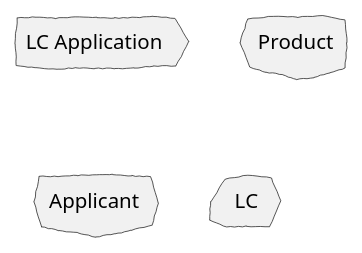
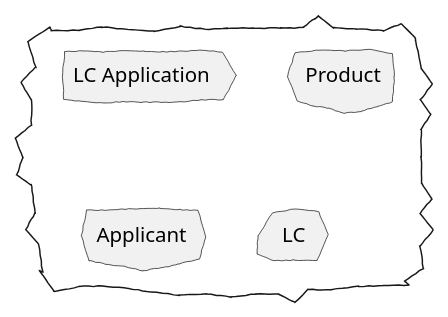
One commit to PacktPublishing/Domain-Driven-Design-with-Java-A-Practitioner-s-Guide changed the second of 5 diagrams in book/src/docs/asciidoc/05-implementing-domain-logic.adoc. Above: the diagram before and after it, drawn with PlantUML. The commit also changed other lines of this file and 2 other files, not shown here.

```diff
--- a/book/src/docs/asciidoc/05-implementing-domain-logic.adoc
+++ b/book/src/docs/asciidoc/05-implementing-domain-logic.adoc
@@ -149,11 +152,13 @@
 [plantuml,potential-aggregates]
 ....
 @startuml
 skinparam handwritten true
 skinparam CloudFontName "Gloria Hallelujah"
+cloud {
 cloud "LC Application"
 cloud Product
 cloud Applicant
 cloud LC
+}
 @enduml
 ....
```
